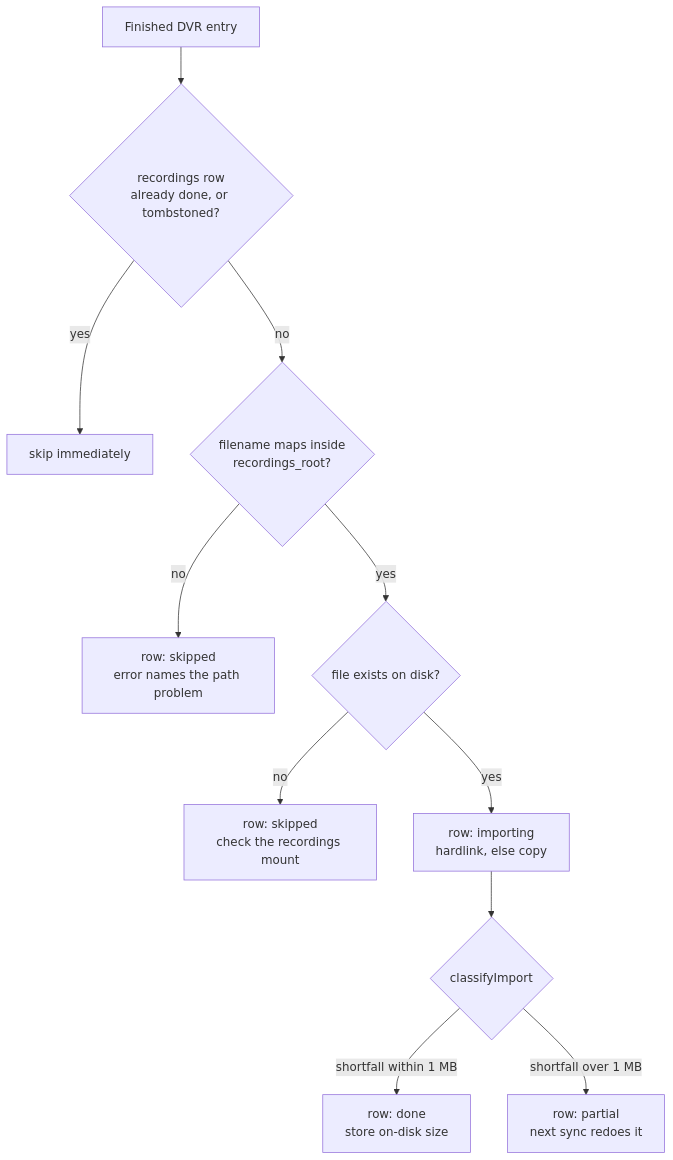
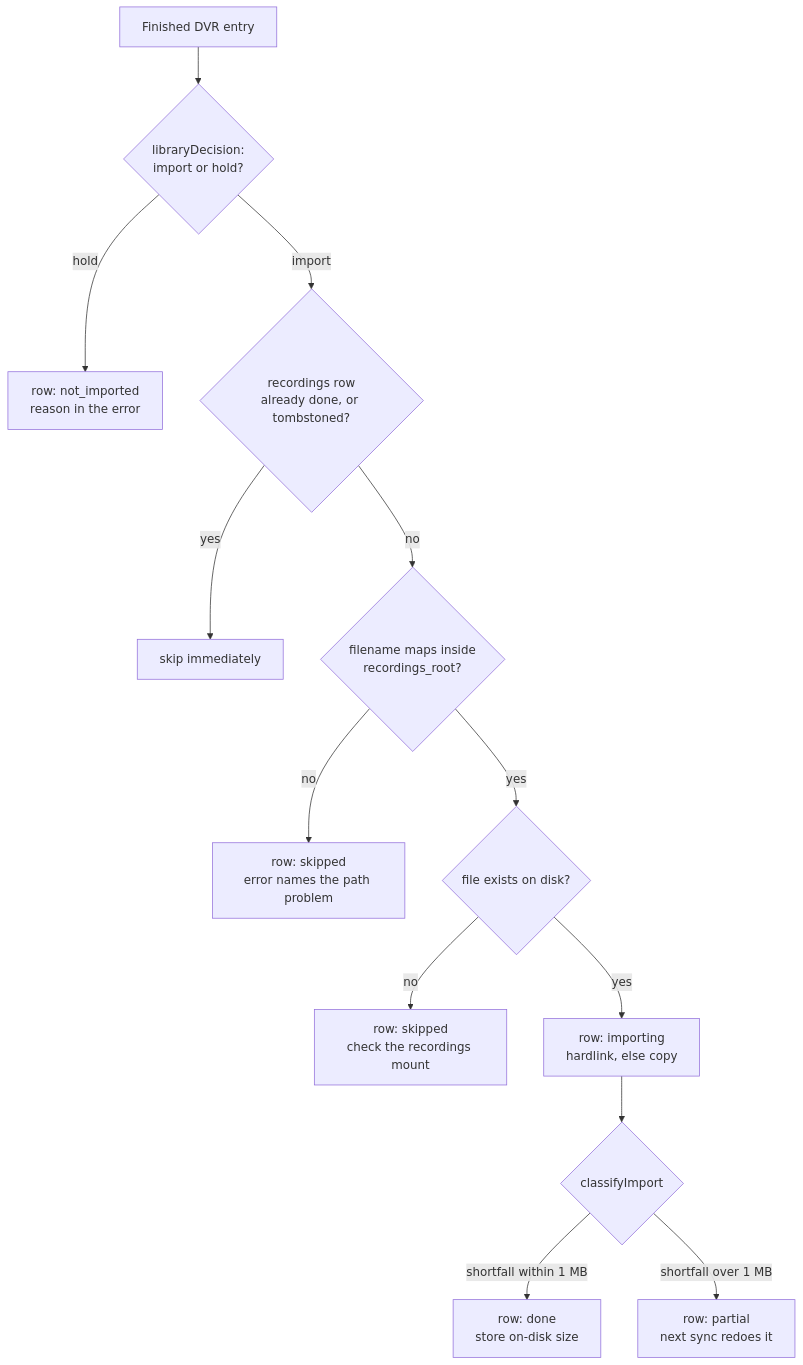
The second of 3 diagrams in docs/DEEP_DIVE.md (furey/freetvarr), drawn with Mermaid before and after one commit. The commit also changed other lines of this file and 26 other files, not shown here.

````diff
--- a/docs/DEEP_DIVE.md
+++ b/docs/DEEP_DIVE.md
@@ -122,13 +122,15 @@
 ```mermaid
 flowchart TD
-  entry["Finished DVR entry"] --> donecheck{"recordings row<br>already done, or tombstoned?"}
+  entry["Finished DVR entry"] --> decide{"libraryDecision:<br>import or hold?"}
+  decide -->|hold| held["row: not_imported<br>reason in the error"]
+  decide -->|import| donecheck{"recordings row<br>already done, or tombstoned?"}
   donecheck -->|yes| skip["skip immediately"]
   donecheck -->|no| pathcheck{"filename maps inside<br>recordings_root?"}
   pathcheck -->|no| skiprow["row: skipped<br>error names the path problem"]
   pathcheck -->|yes| statcheck{"file exists on disk?"}
   statcheck -->|no| skipmissing["row: skipped<br>check the recordings mount"]
   statcheck -->|yes| imp["row: importing<br>hardlink, else copy"]
   imp --> classify{"classifyImport"}
   classify -->|"shortfall within 1 MB"| ok["row: done<br>store on-disk size"]
   classify -->|"shortfall over 1 MB"| partial["row: partial<br>next sync redoes it"]
 ```
````
